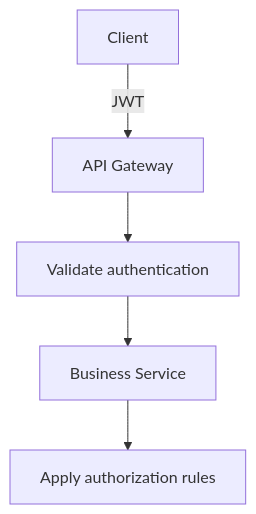
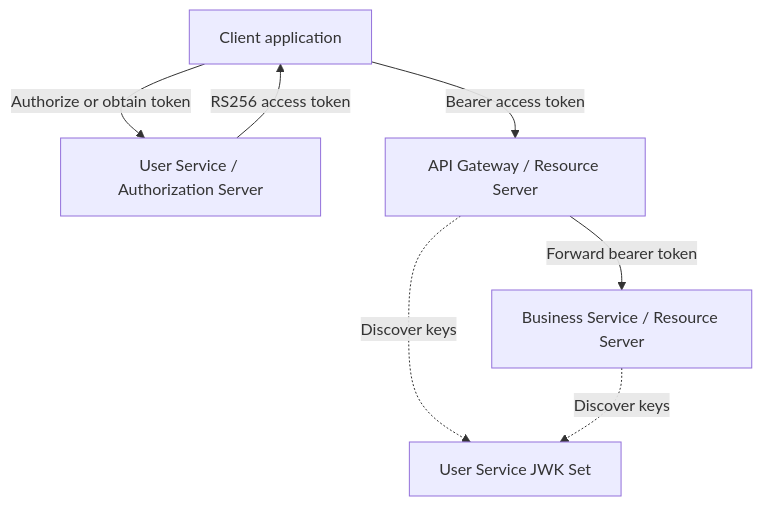
The tenth of 10 diagrams in docs/02_ARCHITECTURE.md (HuyKunNe/cinema-system), drawn with Mermaid before and after one commit. The commit also changed other lines of this file and 17 other files, not shown here.

````diff
--- a/docs/02_ARCHITECTURE.md
+++ b/docs/02_ARCHITECTURE.md
@@ -1142,7 +1153,9 @@
 ```mermaid
 flowchart TD
-    Client[Client] -->|JWT| Gateway[API Gateway]
-    Gateway --> Validate[Validate authentication]
-    Validate --> Service[Business Service]
-    Service --> Authorize[Apply authorization rules]
+    Client[Client application] -->|Authorize or obtain token| User[User Service / Authorization Server]
+    User -->|RS256 access token| Client
+    Client -->|Bearer access token| Gateway[API Gateway / Resource Server]
+    Gateway -->|Forward bearer token| Service[Business Service / Resource Server]
+    Gateway -.->|Discover keys| Jwks[User Service JWK Set]
+    Service -.->|Discover keys| Jwks
 ```
````
